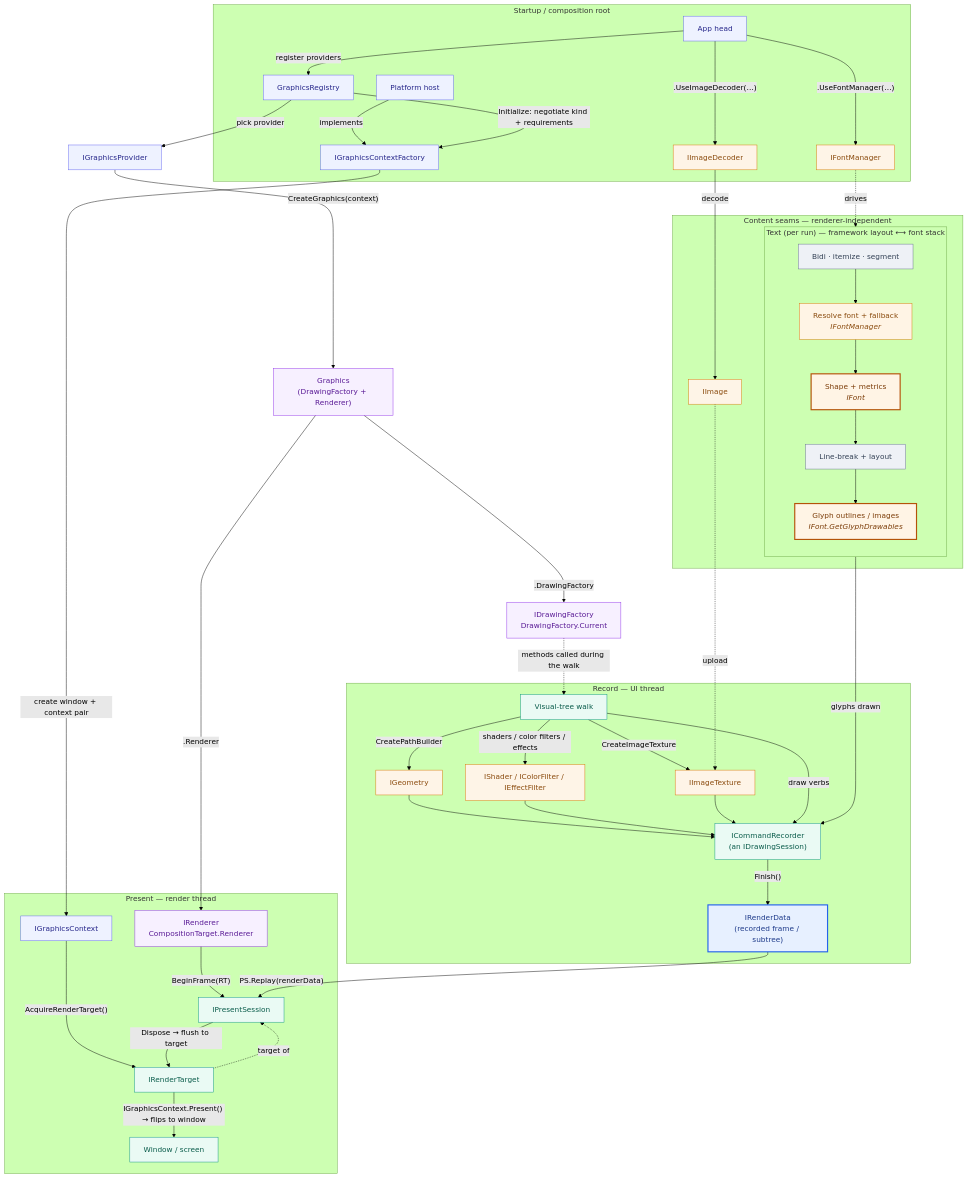
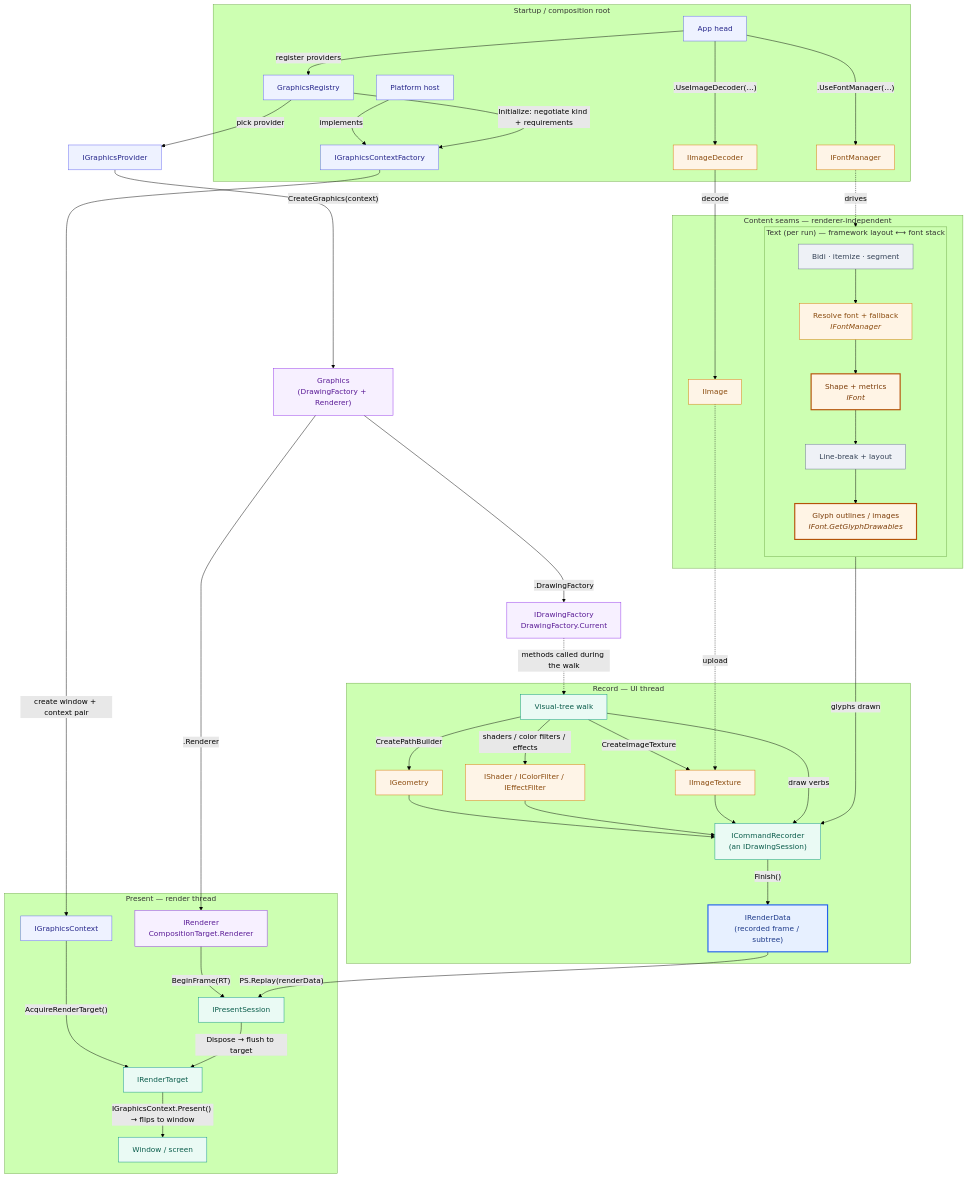
The diagram in doc/uno-drawing-backend-design.md (unoplatform/uno), drawn with Mermaid (forest theme) before and after one commit.

Commit message:
docs(drawing-backend): drop redundant 'target of' edge in flow diagram
BeginFrame(RT) and the flush-to-target edge already express that the
IPresentSession renders into the IRenderTarget; the extra dotted RT->PS 'target
of' arrow was redundant clutter.

````diff
--- a/doc/uno-drawing-backend-design.md
+++ b/doc/uno-drawing-backend-design.md
@@ -79,69 +79,68 @@
 ```mermaid
 flowchart TB
   subgraph Startup["Startup / composition root"]
     App["App head"] -->|"register providers"| Reg["GraphicsRegistry"]
     App -->|".UseImageDecoder(…)"| Dec["IImageDecoder"]
     App -->|".UseFontManager(…)"| FM["IFontManager"]
     Host["Platform host"] -->|"implements"| CF["IGraphicsContextFactory"]
   end
 
   Reg -->|"Initialize: negotiate kind + requirements"| CF
   CF -->|"create window + context pair"| Ctx["IGraphicsContext"]
   Reg -->|"pick provider"| Prov["IGraphicsProvider"]
   Prov -->|"CreateGraphics(context)"| GS["Graphics<br/>(DrawingFactory + Renderer)"]
   GS -->|".DrawingFactory"| Fac["IDrawingFactory<br/>DrawingFactory.Current"]
   GS -->|".Renderer"| Ren["IRenderer<br/>CompositionTarget.Renderer"]
 
   subgraph Content["Content seams — renderer-independent"]
     Dec -->|"decode"| IMG["IImage"]
     subgraph TextLane["Text (per run) — framework layout ⟷ font stack"]
       direction TB
       TA["Bidi · itemize · segment"] --> FR["Resolve font + fallback<br/><i>IFontManager</i>"]
       FR --> SH["Shape + metrics<br/><i>IFont</i>"]
       SH --> LB["Line-break + layout"]
       LB --> GL["Glyph outlines / images<br/><i>IFont.GetGlyphDrawables</i>"]
     end
   end
   FM -.->|"drives"| FR
 
   subgraph Record["Record — UI thread"]
     Tree["Visual-tree walk"] -->|"CreatePathBuilder"| GEO["IGeometry"]
     Tree -->|"shaders / color filters / effects"| PNT["IShader / IColorFilter / IEffectFilter"]
     Tree -->|"CreateImageTexture"| TEX["IImageTexture"]
     GEO --> REC["ICommandRecorder<br/>(an IDrawingSession)"]
     PNT --> REC
     TEX --> REC
     Tree -->|"draw verbs"| REC
     REC -->|"Finish()"| RD["IRenderData<br/>(recorded frame / subtree)"]
   end
 
   subgraph Present["Present — render thread"]
     Ctx -->|"AcquireRenderTarget()"| RT["IRenderTarget"]
     Ren -->|"BeginFrame(RT)"| PS["IPresentSession"]
-    RT -.->|"target of"| PS
     PS -->|"Dispose → flush to target"| RT
     RT -->|"IGraphicsContext.Present() → flips to window"| Win["Window / screen"]
   end
   RD -->|"PS.Replay(renderData)"| PS
 
   Fac -.->|"methods called during the walk"| Tree
   IMG -.->|"upload"| TEX
   GL -->|"glyphs drawn"| REC
 
   classDef startup fill:#eef2ff,stroke:#6366f1,color:#26268a;
   classDef install fill:#f7f0ff,stroke:#9333ea,color:#5a1b96;
   classDef frame fill:#eafaf4,stroke:#0d9488,color:#0a5c4b;
   classDef content fill:#fef4e7,stroke:#d97706,color:#8a4b0e;
   classDef fw fill:#eef1f6,stroke:#64748b,color:#334155;
   classDef mgr fill:#fff4e5,stroke:#d97706,color:#8a4b0e;
   classDef font fill:#fff4e5,stroke:#b45309,color:#7c3d09,stroke-width:2.5px;
   classDef retained fill:#e7f0ff,stroke:#2563eb,color:#1e3a8a,stroke-width:2.5px;
   class App,Reg,Host,CF,Ctx,Prov startup;
   class GS,Fac,Ren install;
   class Tree,REC,PS,RT,Win frame;
   class RD retained;
   class Dec,FM,IMG,GEO,TEX,PNT content;
   class TA,LB fw;
   class FR mgr;
   class SH,GL font;
 ```
````
